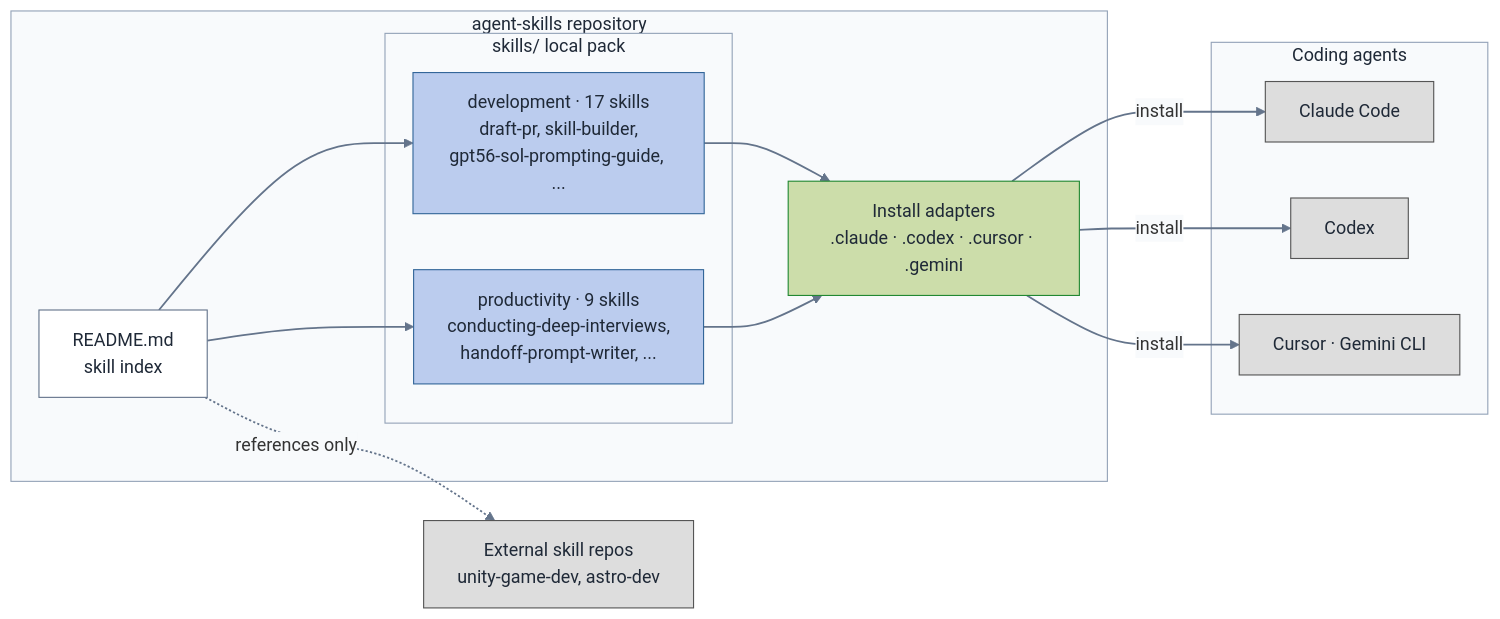
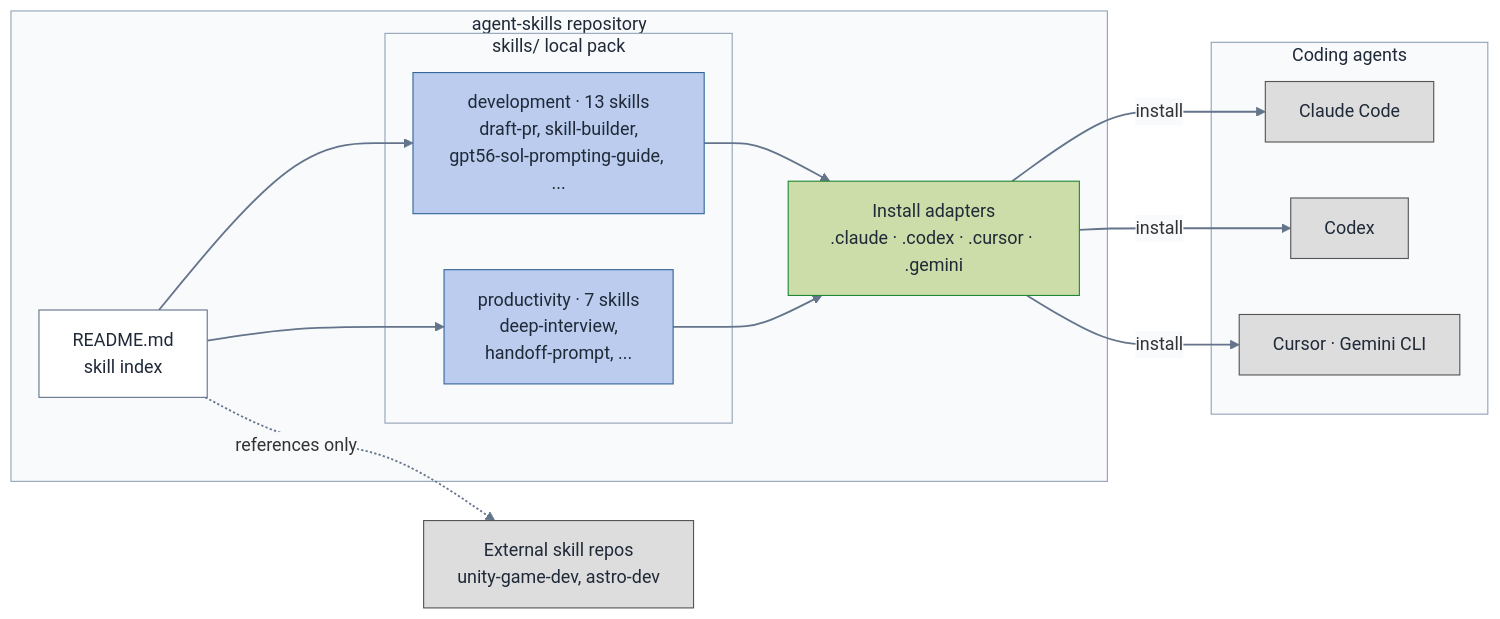
Before and after one commit to gigio1023/agent-skills: the diagram in docs/repo-structure.md, drawn with Mermaid. The commit also changed 124 other files, not shown here.

````diff
--- a/docs/repo-structure.md
+++ b/docs/repo-structure.md
@@ -8,46 +8,46 @@
 ```mermaid
 ---
 config:
   theme: base
   themeVariables:
     textColor: "#1f2937"
     edgeLabelBackground: "#f8fafc"
 ---
 flowchart LR
   accTitle: agent-skills repository structure
   accDescr: Local skills in two categories are indexed by the README, exposed through per-harness install adapters, and installed into coding agents. External skill repos are referenced but not packaged.
 
   subgraph repo ["agent-skills repository"]
     IDX["README.md<br/>skill index"]
     subgraph pack ["skills/ local pack"]
-      DEV["development · 17 skills<br/>draft-pr, skill-builder,<br/>gpt56-sol-prompting-guide, ..."]
-      PROD["productivity · 9 skills<br/>conducting-deep-interviews,<br/>handoff-prompt-writer, ..."]
+      DEV["development · 13 skills<br/>draft-pr, skill-builder,<br/>gpt56-sol-prompting-guide, ..."]
+      PROD["productivity · 7 skills<br/>deep-interview,<br/>handoff-prompt, ..."]
     end
     ADP["Install adapters<br/>.claude · .codex · .cursor · .gemini"]
   end
 
   EXT["External skill repos<br/>unity-game-dev, astro-dev"]
 
   subgraph agents ["Coding agents"]
     CC["Claude Code"]
     CX["Codex"]
     OT["Cursor · Gemini CLI"]
   end
 
   IDX --> DEV & PROD
   IDX -.->|references only| EXT
   DEV & PROD --> ADP
   ADP -->|install| CC & CX & OT
 
   classDef packNode fill:#BBCCEE,stroke:#336699,color:#1f2937;
   classDef adapter fill:#CCDDAA,stroke:#228833,color:#1f2937;
   classDef outside fill:#DDDDDD,stroke:#555555,color:#1f2937;
   classDef boundary fill:#f8fafc,stroke:#94a3b8,color:#1f2937;
   classDef index fill:#ffffff,stroke:#64748b,color:#1f2937;
   class DEV,PROD packNode;
   class ADP adapter;
   class CC,CX,OT,EXT outside;
   class repo,pack,agents boundary;
   class IDX index;
   linkStyle default stroke:#64748b,stroke-width:1.6px;
 ```
````
